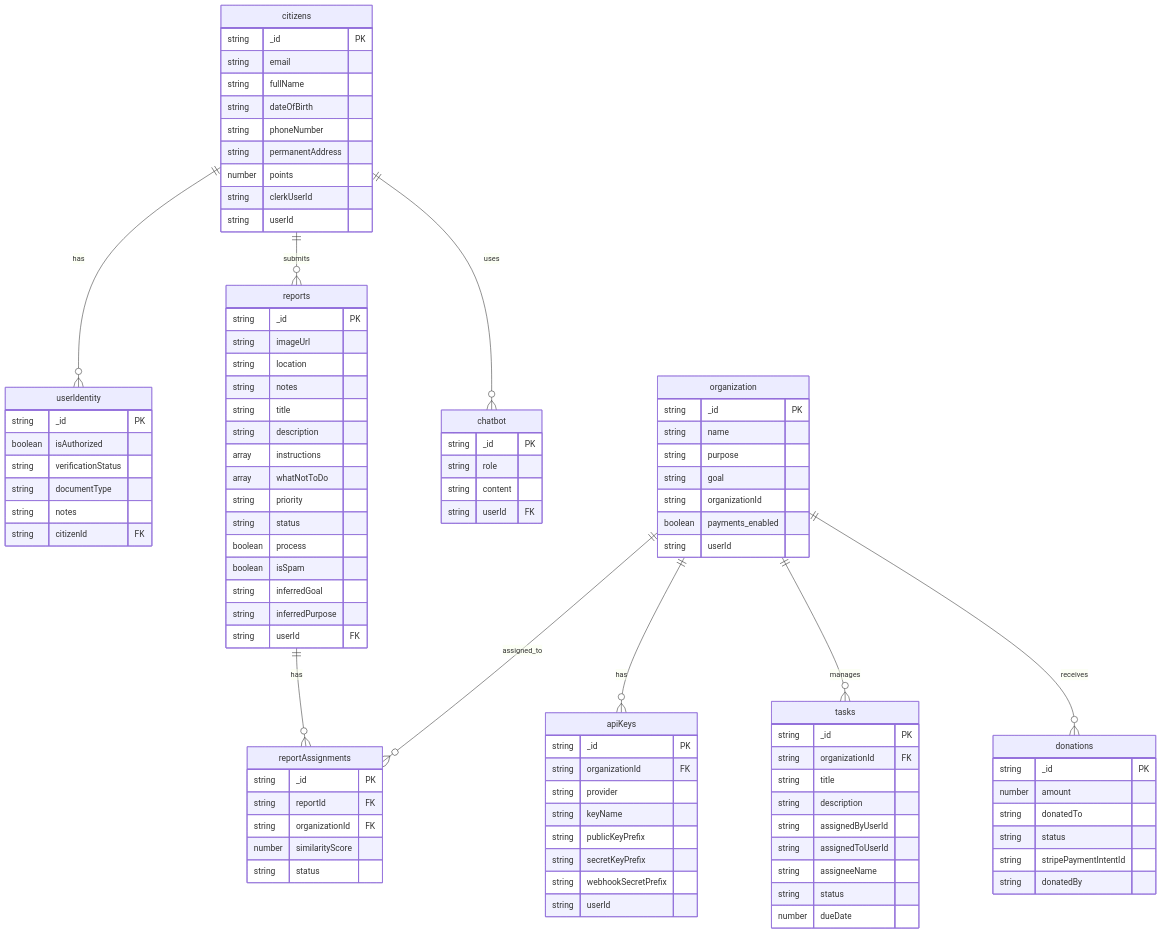
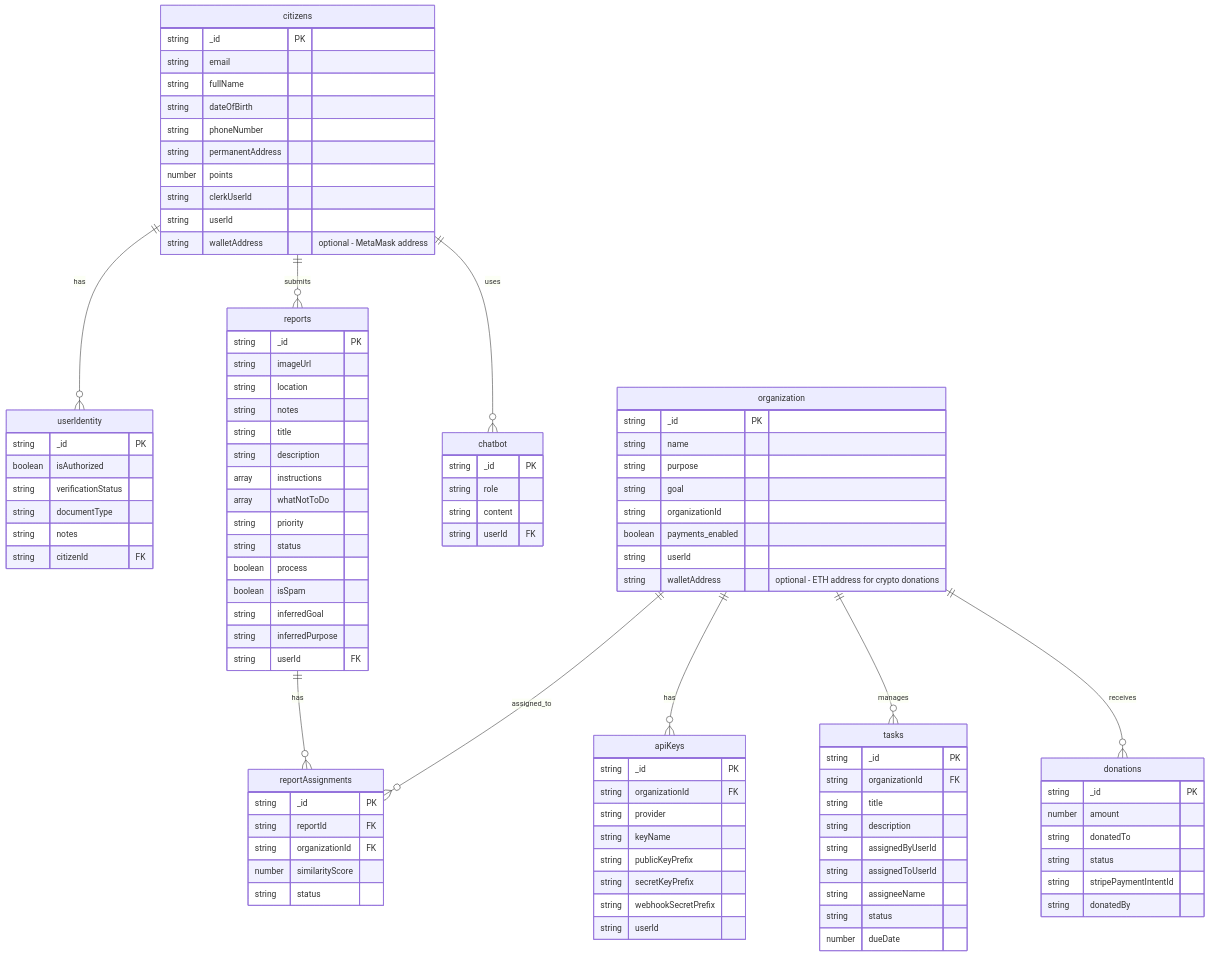
One commit to nilavtalukdar06/urban-watch changed the seventh of 7 diagrams in README.md. Above: the diagram before and after it, drawn with Mermaid. The commit also changed other lines of this file and 1 other file, not shown here.

```diff
--- a/README.md
+++ b/README.md
@@ -333,6 +376,7 @@
         number points
         string clerkUserId
         string userId
+        string walletAddress "optional - MetaMask address"
     }
     
     userIdentity {
@@ -378,6 +422,7 @@
         string organizationId
         boolean payments_enabled
         string userId
+        string walletAddress "optional - ETH address for crypto donations"
     }
     
     apiKeys {
```
